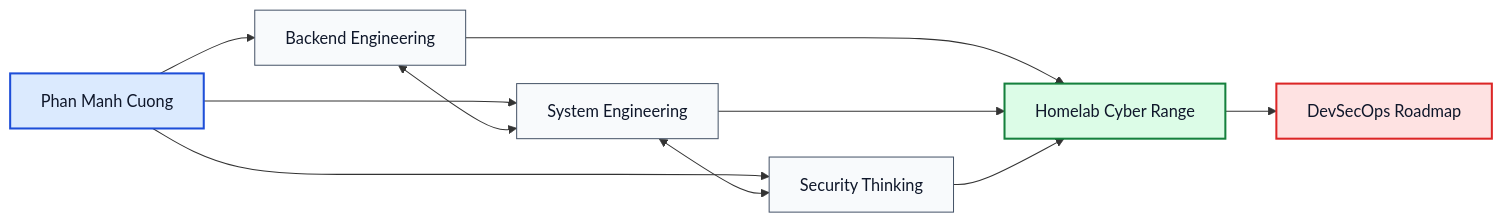
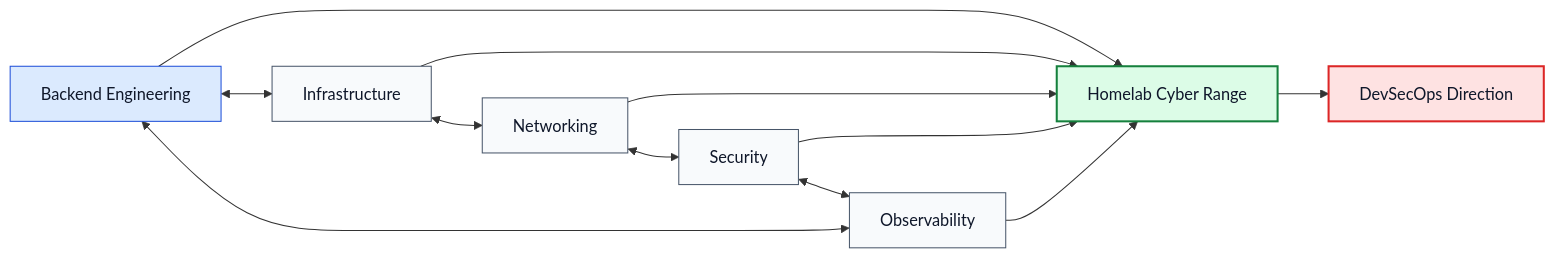
The diagram in README.md (phanmanhcuongdev/phanmanhcuongdev), drawn with Mermaid before and after one commit. The commit also changed other lines of this file, not shown here.

Commit message:
Update profile README with comprehensive project details and infrastructure experience

````diff
--- a/README.md
+++ b/README.md
@@ -115,26 +160,31 @@
 ```mermaid
 flowchart LR
-    A[Phan Manh Cuong]
-    B[Backend Engineering]
-    C[System Engineering]
-    D[Security Thinking]
-    E[Homelab Cyber Range]
-    F[DevSecOps Roadmap]
+    A[Backend Engineering]
+    B[Infrastructure]
+    C[Networking]
+    D[Security]
+    E[Observability]
+    F[Homelab Cyber Range]
+    G[DevSecOps Direction]
 
-    A --> B
-    A --> C
-    A --> D
+    A --> F
+    B --> F
+    C --> F
+    D --> F
+    E --> F
+    F --> G
+
+    A <--> B
     B <--> C
     C <--> D
-    B --> E
-    C --> E
-    D --> E
-    E --> F
+    D <--> E
+    E <--> A
 
-    style A fill:#dbeafe,stroke:#1d4ed8,stroke-width:2px,color:#0f172a
-    style E fill:#dcfce7,stroke:#15803d,stroke-width:2px,color:#0f172a
-    style F fill:#fee2e2,stroke:#dc2626,stroke-width:2px,color:#0f172a
+    style F fill:#dcfce7,stroke:#15803d,stroke-width:2px,color:#0f172a
+    style G fill:#fee2e2,stroke:#dc2626,stroke-width:2px,color:#0f172a
+    style A fill:#dbeafe,stroke:#1d4ed8,color:#0f172a
     style B fill:#f8fafc,stroke:#475569,color:#0f172a
     style C fill:#f8fafc,stroke:#475569,color:#0f172a
     style D fill:#f8fafc,stroke:#475569,color:#0f172a
+    style E fill:#f8fafc,stroke:#475569,color:#0f172a
 ```
````
